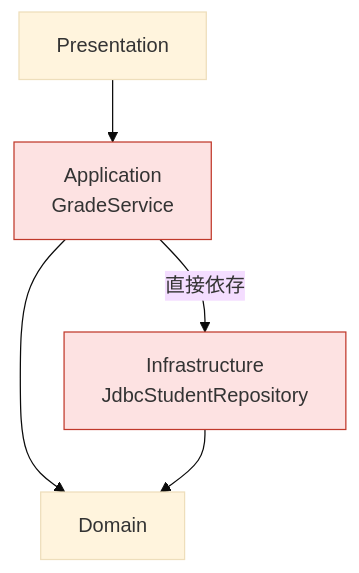
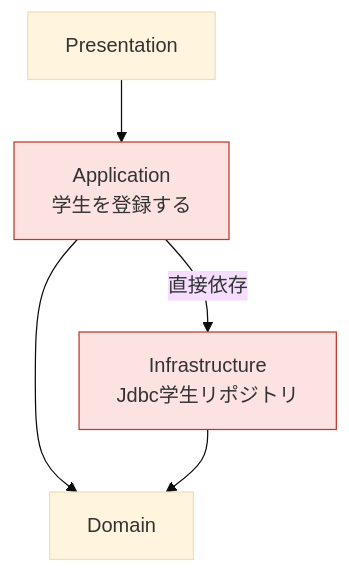
One commit to YTS0418/PRMN_SYSTEM_Lecture changed the third of 6 diagrams in 4層アーキテクチャ/03_依存の向きとインタフェース.md. Above: the diagram before and after it, drawn with Mermaid (base theme). The commit also changed other lines of this file and 14 other files, not shown here.

````diff
--- a/4層アーキテクチャ/03_依存の向きとインタフェース.md
+++ b/4層アーキテクチャ/03_依存の向きとインタフェース.md
@@ -77,9 +77,9 @@
 ```mermaid
 flowchart TB
-    P["Presentation"] --> A["Application<br>GradeService"]
+    P["Presentation"] --> A["Application<br>学生を登録する"]
     A --> D["Domain"]
-    A -->|直接依存| I["Infrastructure<br>JdbcStudentRepository"]
+    A -->|直接依存| I["Infrastructure<br>Jdbc学生リポジトリ"]
     I --> D
     style A fill:#fde2e2,stroke:#c0392b
     style I fill:#fde2e2,stroke:#c0392b
 ```
````
